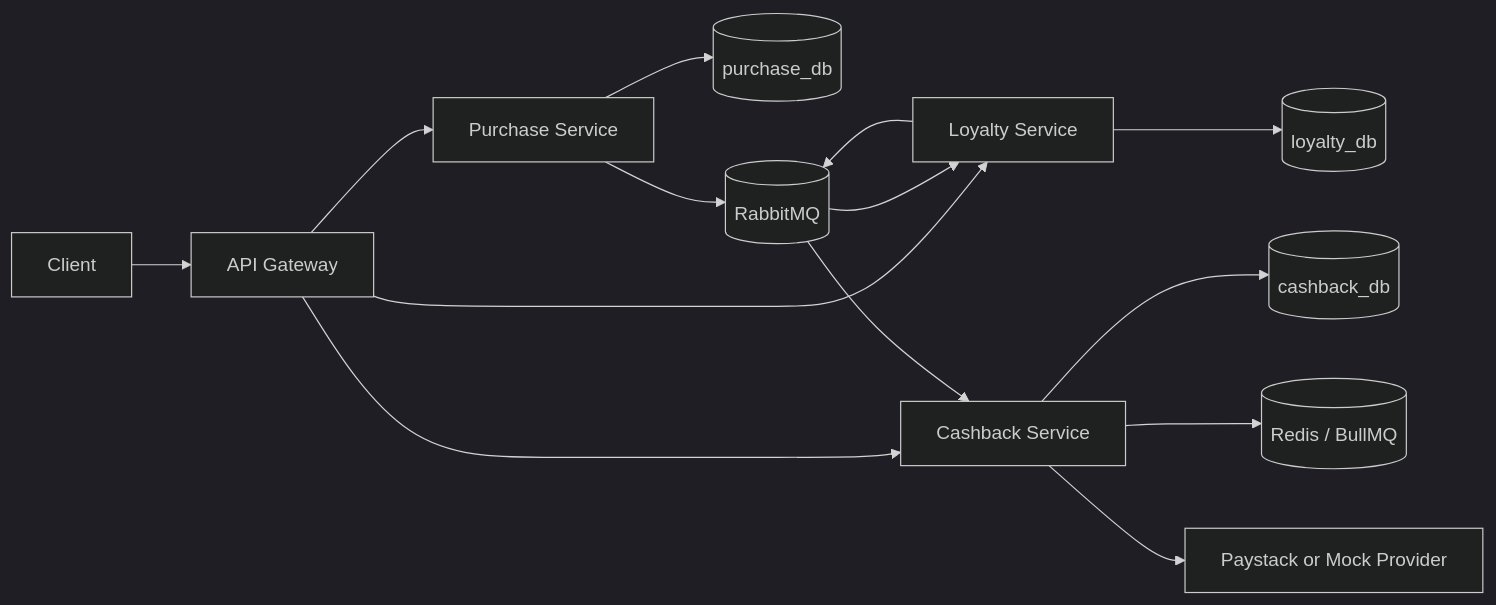
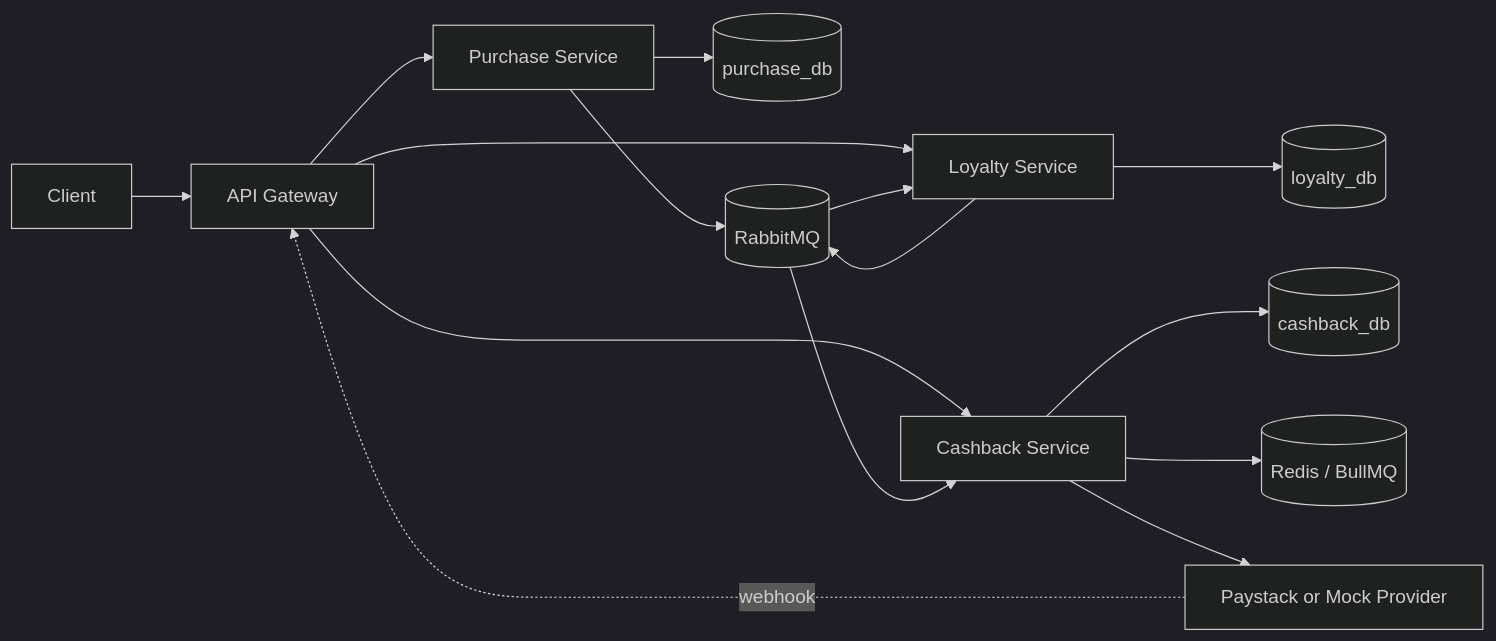
One commit to Nathan-Yinka/bumpa-achievement-system changed the first of 2 diagrams in README.md. Above: the diagram before and after it, drawn with Mermaid (dark theme). The commit also changed other lines of this file and 9 other files, not shown here.

Commit message:
docs: add architecture diagrams and per-package/per-service READMEs

````diff
--- a/README.md
+++ b/README.md
@@ -9,16 +22,17 @@
 ```mermaid
 flowchart LR
   Client --> Gateway[API Gateway]
   Gateway --> Purchase[Purchase Service]
   Gateway --> Loyalty[Loyalty Service]
   Gateway --> Cashback[Cashback Service]
   Purchase --> PurchaseDb[(purchase_db)]
   Loyalty --> LoyaltyDb[(loyalty_db)]
   Cashback --> CashbackDb[(cashback_db)]
   Purchase --> Rabbit[(RabbitMQ)]
   Rabbit --> Loyalty
   Loyalty --> Rabbit
   Rabbit --> Cashback
   Cashback --> Redis[(Redis / BullMQ)]
   Cashback --> Paystack[Paystack or Mock Provider]
+  Paystack -. webhook .-> Gateway
 ```
````
